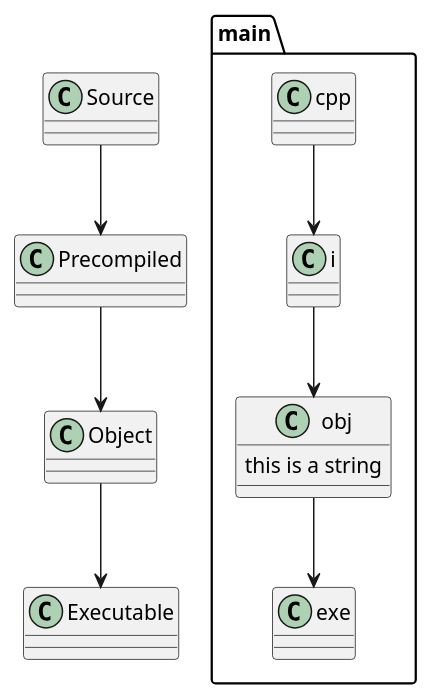
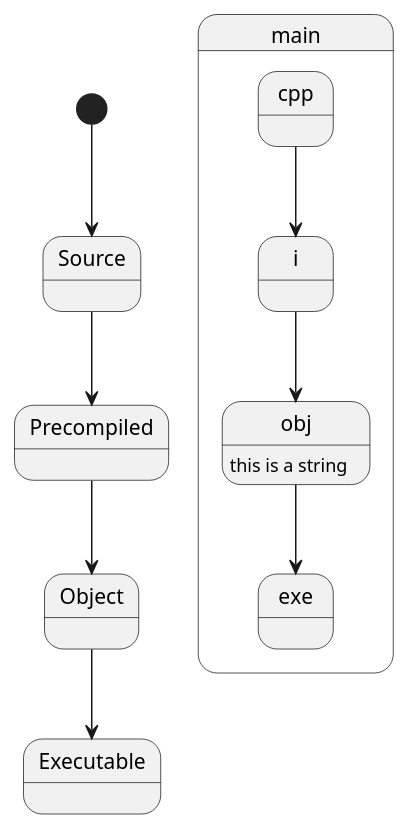
Before and after one commit to Obywatelecki/CppTraining: the diagram in book/999/test.md, drawn with PlantUML.

```diff
--- a/book/999/test.md
+++ b/book/999/test.md
@@ -4,15 +4,16 @@
 {% plantuml %}
 
+[*] --> Source
 Source --> Precompiled
 Precompiled --> Object
 Object --> Executable
 
 main.cpp --> main.i
 main.i --> main.obj
 main.obj --> main.exe
 main.obj : this is a string
 
 
 
   
 {% endplantuml %}
```
